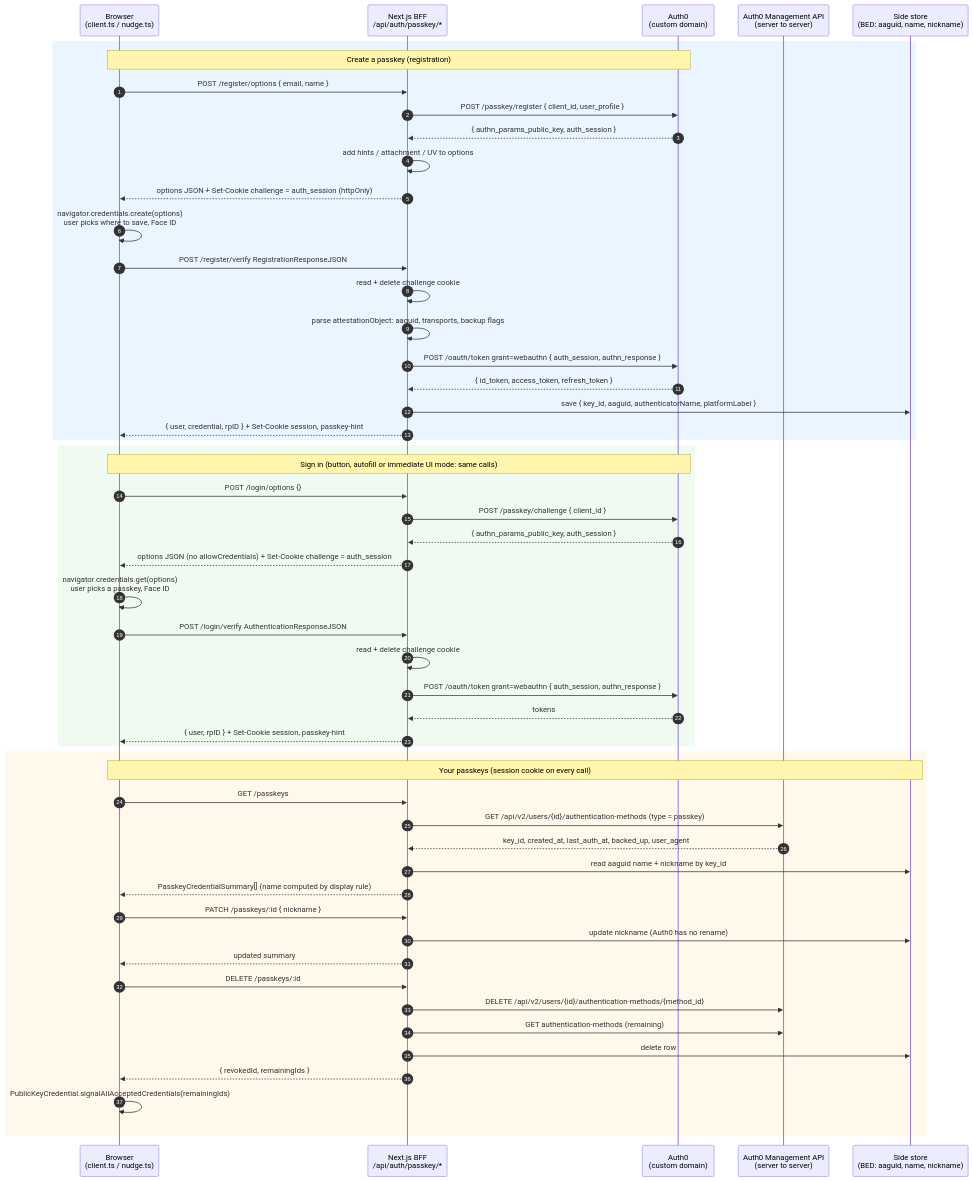
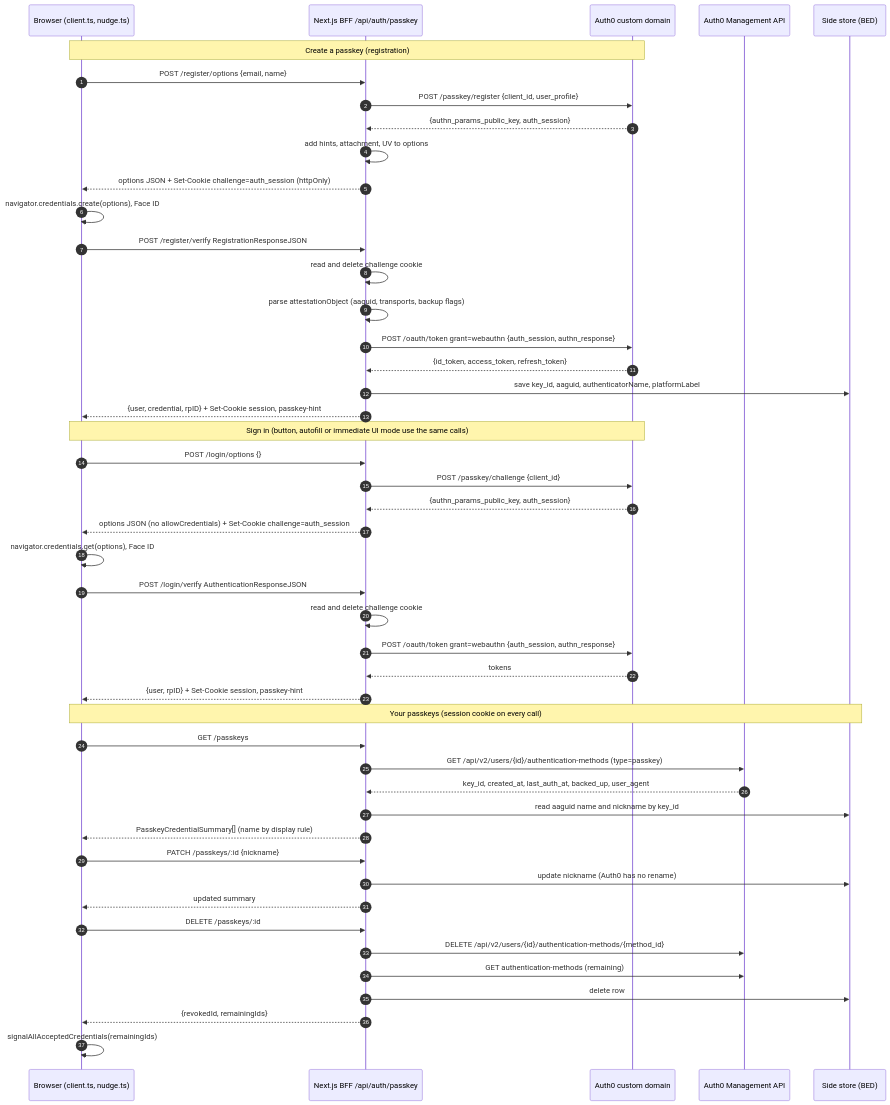
Before and after one commit to santakrishnan/ecommerce-fumadocs: the diagram in docs/passkey-bff-auth0-sequence.mermaid, drawn with Mermaid. The commit also changed 2 other files, not shown here.

Commit message:
docs: fix sequence diagram syntax, add rendered PNG
Claude-Session: https://claude.ai/code/session_01CDEjXPVo7B2uM1CWCqrTHW

```diff
--- a/docs/passkey-bff-auth0-sequence.mermaid
+++ b/docs/passkey-bff-auth0-sequence.mermaid
@@ -1,58 +1,50 @@
 sequenceDiagram
     autonumber
-    participant B as Browser<br/>(client.ts / nudge.ts)
-    participant P as Next.js BFF<br/>/api/auth/passkey/*
-    participant A as Auth0<br/>(custom domain)
-    participant M as Auth0 Management API<br/>(server to server)
-    participant S as Side store<br/>(BED: aaguid, name, nickname)
+    participant B as Browser (client.ts, nudge.ts)
+    participant P as Next.js BFF /api/auth/passkey
+    participant A as Auth0 custom domain
+    participant M as Auth0 Management API
+    participant S as Side store (BED)
 
-    rect rgb(235, 245, 255)
-    note over B,A: Create a passkey (registration)
-    B->>P: POST /register/options { email, name }
-    P->>A: POST /passkey/register { client_id, user_profile }
-    A-->>P: { authn_params_public_key, auth_session }
-    P->>P: add hints / attachment / UV to options
-    P-->>B: options JSON + Set-Cookie challenge = auth_session (httpOnly)
-    B->>B: navigator.credentials.create(options)<br/>user picks where to save, Face ID
+    Note over B,A: Create a passkey (registration)
+    B->>P: POST /register/options {email, name}
+    P->>A: POST /passkey/register {client_id, user_profile}
+    A-->>P: {authn_params_public_key, auth_session}
+    P->>P: add hints, attachment, UV to options
+    P-->>B: options JSON + Set-Cookie challenge=auth_session (httpOnly)
+    B->>B: navigator.credentials.create(options), Face ID
     B->>P: POST /register/verify RegistrationResponseJSON
-    P->>P: read + delete challenge cookie
-    P->>P: parse attestationObject: aaguid, transports, backup flags
-    P->>A: POST /oauth/token grant=webauthn { auth_session, authn_response }
-    A-->>P: { id_token, access_token, refresh_token }
-    P->>S: save { key_id, aaguid, authenticatorName, platformLabel }
-    P-->>B: { user, credential, rpID } + Set-Cookie session, passkey-hint
-    end
+    P->>P: read and delete challenge cookie
+    P->>P: parse attestationObject (aaguid, transports, backup flags)
+    P->>A: POST /oauth/token grant=webauthn {auth_session, authn_response}
+    A-->>P: {id_token, access_token, refresh_token}
+    P->>S: save key_id, aaguid, authenticatorName, platformLabel
+    P-->>B: {user, credential, rpID} + Set-Cookie session, passkey-hint
 
-    rect rgb(240, 250, 240)
-    note over B,A: Sign in (button, autofill or immediate UI mode: same calls)
+    Note over B,A: Sign in (button, autofill or immediate UI mode use the same calls)
     B->>P: POST /login/options {}
-    P->>A: POST /passkey/challenge { client_id }
-    A-->>P: { authn_params_public_key, auth_session }
-    P-->>B: options JSON (no allowCredentials) + Set-Cookie challenge = auth_session
-    B->>B: navigator.credentials.get(options)<br/>user picks a passkey, Face ID
+    P->>A: POST /passkey/challenge {client_id}
+    A-->>P: {authn_params_public_key, auth_session}
+    P-->>B: options JSON (no allowCredentials) + Set-Cookie challenge=auth_session
+    B->>B: navigator.credentials.get(options), Face ID
     B->>P: POST /login/verify AuthenticationResponseJSON
-    P->>P: read + delete challenge cookie
-    P->>A: POST /oauth/token grant=webauthn { auth_session, authn_response }
+    P->>P: read and delete challenge cookie
+    P->>A: POST /oauth/token grant=webauthn {auth_session, authn_response}
     A-->>P: tokens
-    P-->>B: { user, rpID } + Set-Cookie session, passkey-hint
-    end
+    P-->>B: {user, rpID} + Set-Cookie session, passkey-hint
 
-    rect rgb(255, 248, 235)
-    note over B,S: Your passkeys (session cookie on every call)
+    Note over B,S: Your passkeys (session cookie on every call)
     B->>P: GET /passkeys
-    P->>M: GET /api/v2/users/{id}/authentication-methods (type = passkey)
+    P->>M: GET /api/v2/users/{id}/authentication-methods (type=passkey)
     M-->>P: key_id, created_at, last_auth_at, backed_up, user_agent
-    P->>S: read aaguid name + nickname by key_id
-    P-->>B: PasskeyCredentialSummary[] (name computed by display rule)
-
-    B->>P: PATCH /passkeys/:id { nickname }
+    P->>S: read aaguid name and nickname by key_id
+    P-->>B: PasskeyCredentialSummary[] (name by display rule)
+    B->>P: PATCH /passkeys/:id {nickname}
     P->>S: update nickname (Auth0 has no rename)
     P-->>B: updated summary
-
     B->>P: DELETE /passkeys/:id
     P->>M: DELETE /api/v2/users/{id}/authentication-methods/{method_id}
     P->>M: GET authentication-methods (remaining)
     P->>S: delete row
-    P-->>B: { revokedId, remainingIds }
-    B->>B: PublicKeyCredential.signalAllAcceptedCredentials(remainingIds)
-    end
+    P-->>B: {revokedId, remainingIds}
+    B->>B: signalAllAcceptedCredentials(remainingIds)
```
